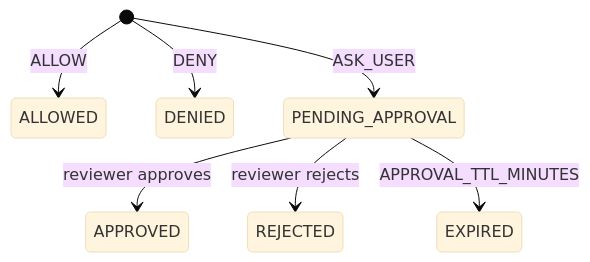
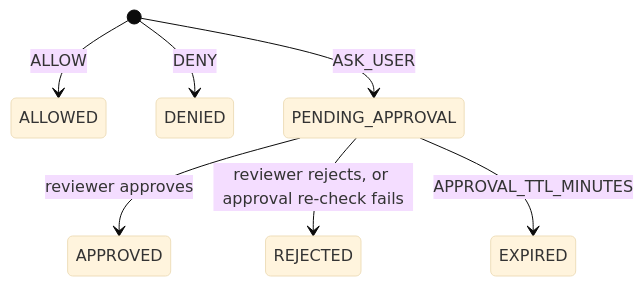
One commit to Sanskar1724/PayTrust_AI changed the second of 2 diagrams in docs/ARCHITECTURE.md. Above: the diagram before and after it, drawn with Mermaid (base theme). The commit also changed other lines of this file and 6 other files, not shown here.

First line of the commit message:
fix: re-check the mandate when a pending payment is approved

````diff
--- a/docs/ARCHITECTURE.md
+++ b/docs/ARCHITECTURE.md
@@ -90,9 +90,9 @@
 ```mermaid
 stateDiagram-v2
     [*] --> ALLOWED: ALLOW
     [*] --> DENIED: DENY
     [*] --> PENDING_APPROVAL: ASK_USER
     PENDING_APPROVAL --> APPROVED: reviewer approves
-    PENDING_APPROVAL --> REJECTED: reviewer rejects
+    PENDING_APPROVAL --> REJECTED: reviewer rejects, or approval re-check fails
     PENDING_APPROVAL --> EXPIRED: APPROVAL_TTL_MINUTES
 ```
````
